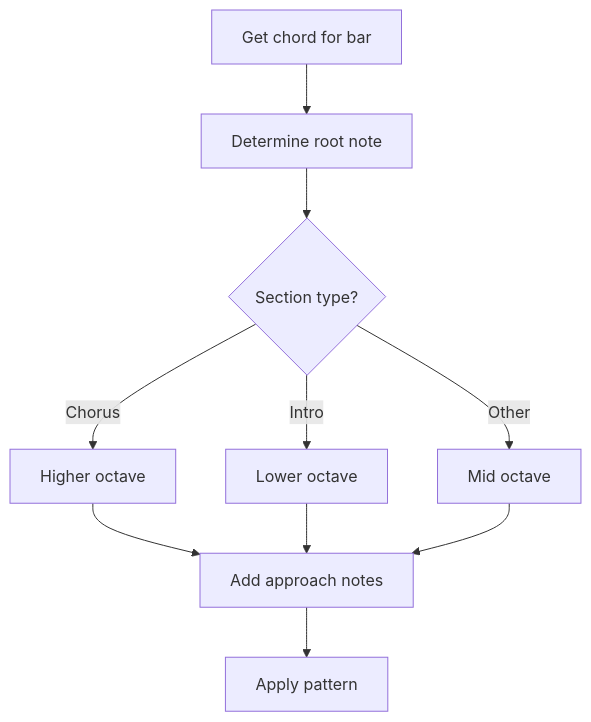
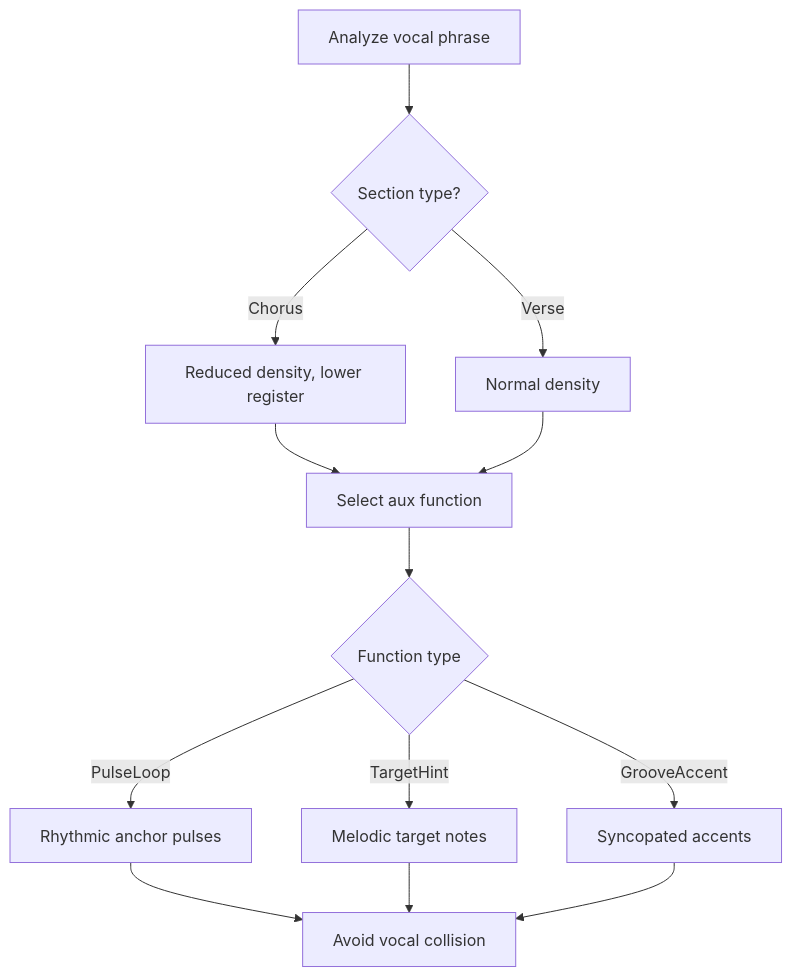
One commit to libraz/midi-sketch-homepage changed the fourth of 7 diagrams in src/docs/generation-pipeline.md. Above: the diagram before and after it, drawn with Mermaid. The commit also changed other lines of this file and 16 other files, not shown here.

````diff
--- a/src/docs/generation-pipeline.md
+++ b/src/docs/generation-pipeline.md
@@ -72,12 +132,15 @@
 ```mermaid
 flowchart TD
-    A[Get chord for bar] --> B[Determine root note]
-    B --> C{Section type?}
-    C -->|Chorus| D[Higher octave]
-    C -->|Intro| E[Lower octave]
-    C -->|Other| F[Mid octave]
-    D --> G[Add approach notes]
-    E --> G
-    F --> G
-    G --> H[Apply pattern]
+    A[Analyze vocal phrase] --> B{Section type?}
+    B -->|Chorus| C[Reduced density, lower register]
+    B -->|Verse| D[Normal density]
+    C --> E[Select aux function]
+    D --> E
+    E --> F{Function type}
+    F -->|PulseLoop| G[Rhythmic anchor pulses]
+    F -->|TargetHint| H[Melodic target notes]
+    F -->|GrooveAccent| I[Syncopated accents]
+    G --> J[Avoid vocal collision]
+    H --> J
+    I --> J
 ```
````
